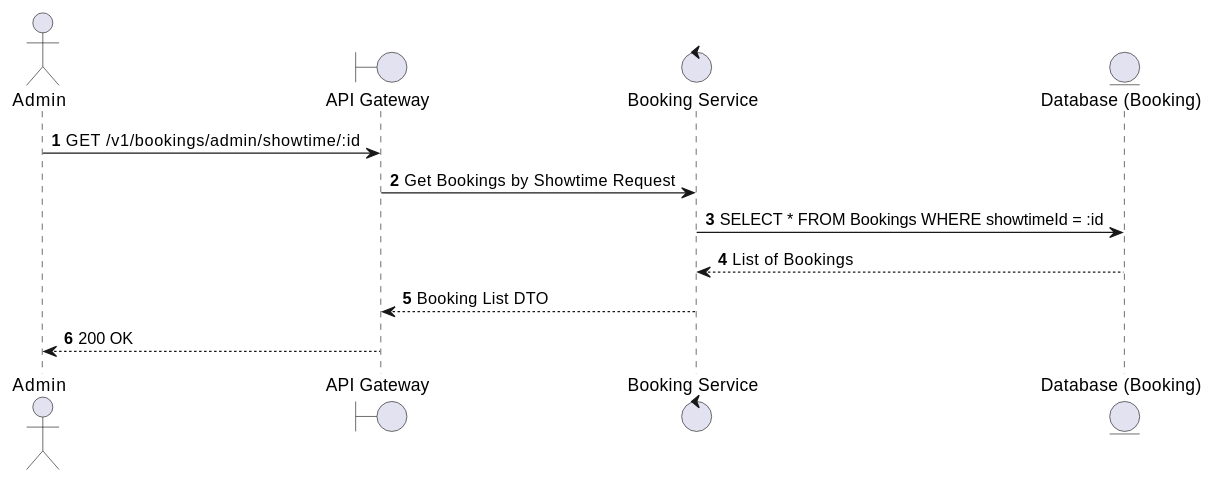
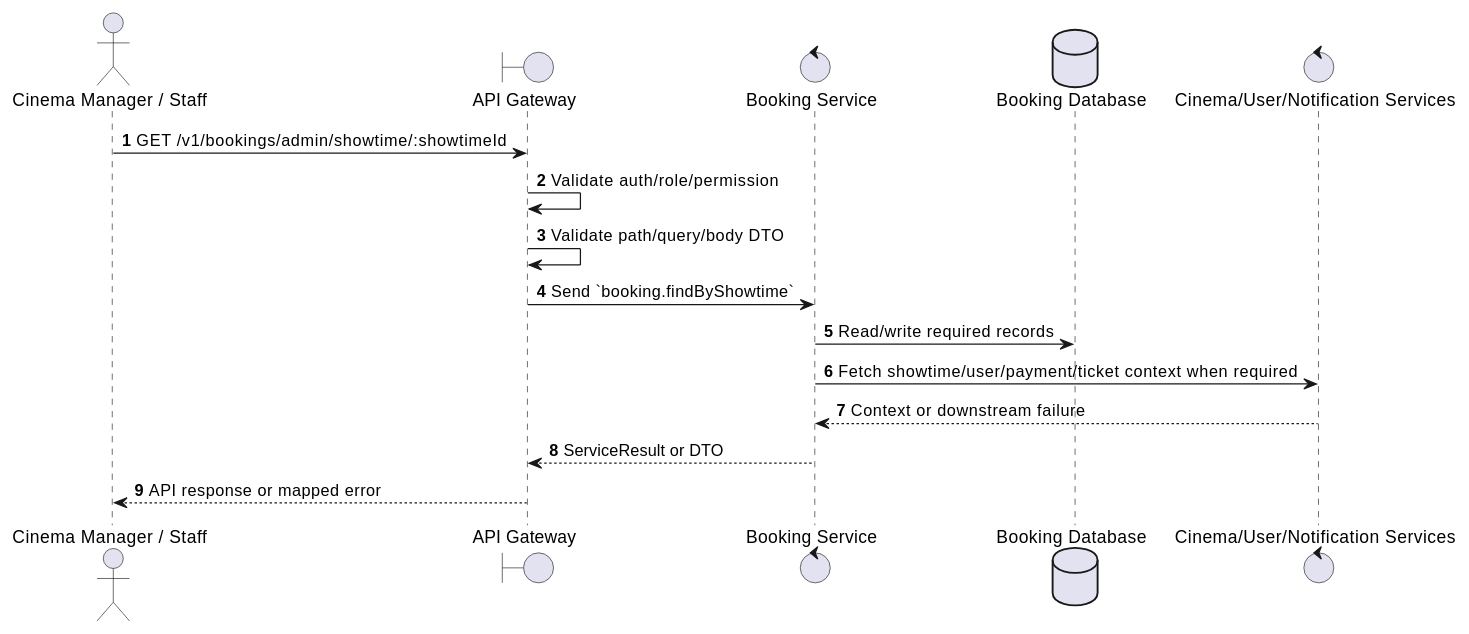
One commit to Tanh1603/movie-hub-architecture changed the first of 2 diagrams in docs/functional_specs/3.5.2_Admin_Booking_Operations/BK-A02_Find_Bookings_by_Showtime.md. Above: the diagram before and after it, drawn with PlantUML. The commit also changed other lines of this file and 126 other files, not shown here.

````diff
--- a/docs/functional_specs/3.5.2_Admin_Booking_Operations/BK-A02_Find_Bookings_by_Showtime.md
+++ b/docs/functional_specs/3.5.2_Admin_Booking_Operations/BK-A02_Find_Bookings_by_Showtime.md
@@ -17,16 +17,20 @@
 ```plantuml
 @startuml
 autonumber
-actor Admin
+actor "Cinema Manager / Staff" as Actor
 boundary "API Gateway" as GW
-control "Booking Service" as BS
-entity "Database (Booking)" as DB
+control "Booking Service" as SVC
+database "Booking Database" as DB
+control "Cinema/User/Notification Services" as EXT
 
-Admin -> GW: GET /v1/bookings/admin/showtime/:id
-GW -> BS: Get Bookings by Showtime Request
-BS -> DB: SELECT * FROM Bookings WHERE showtimeId = :id
-DB --> BS: List of Bookings
-BS --> GW: Booking List DTO
-GW --> Admin: 200 OK
+Actor -> GW: GET /v1/bookings/admin/showtime/:showtimeId
+GW -> GW: Validate auth/role/permission
+GW -> GW: Validate path/query/body DTO
+GW -> SVC: Send `booking.findByShowtime`
+SVC -> DB: Read/write required records
+SVC -> EXT: Fetch showtime/user/payment/ticket context when required
+EXT --> SVC: Context or downstream failure
+SVC --> GW: ServiceResult or DTO
+GW --> Actor: API response or mapped error
 @enduml
 ```
````
